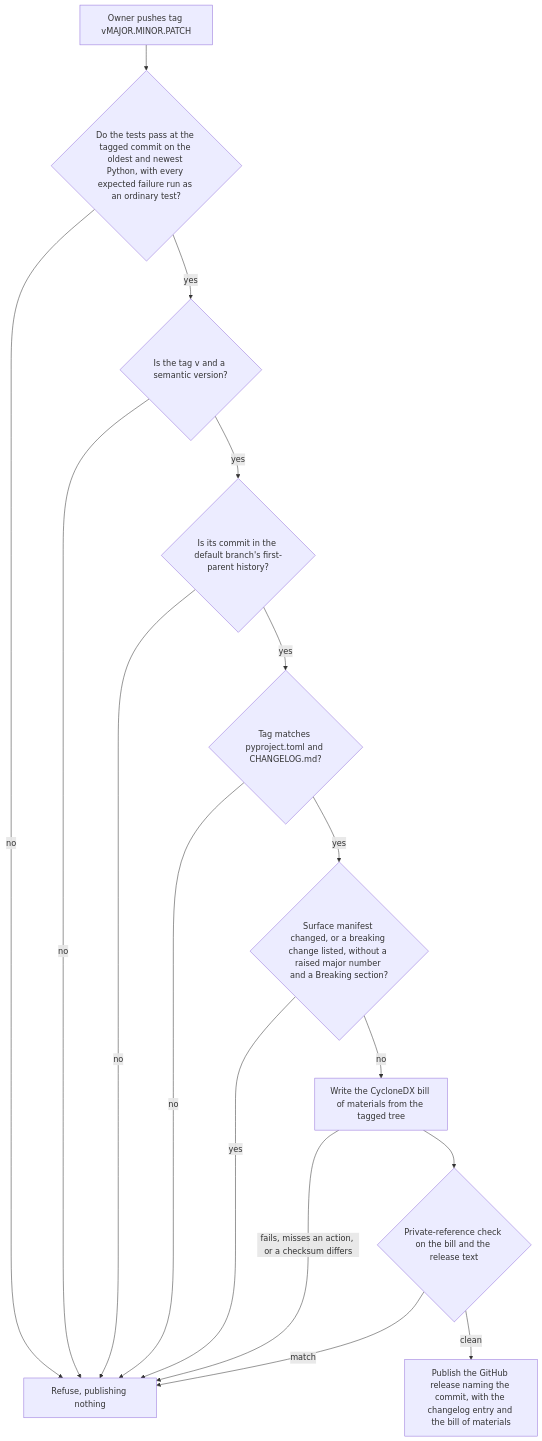
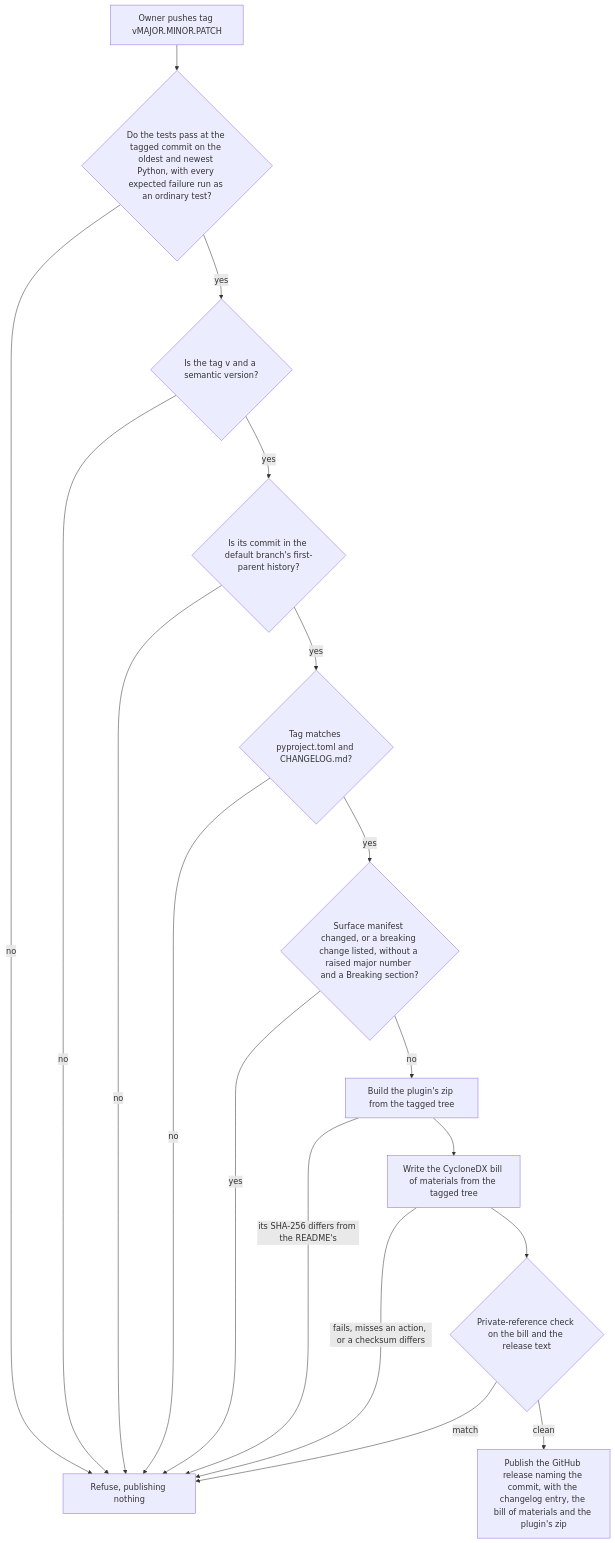
Before and after one commit to niko-kotiniemi-oss/agentic-pr-cost-calculator: the ninth of 9 diagrams in docs/how-it-works.md, drawn with Mermaid. The commit also changed other lines of this file and 37 other files, not shown here.

````diff
--- a/docs/how-it-works.md
+++ b/docs/how-it-works.md
@@ -196,18 +230,20 @@
 ```mermaid
 flowchart TD
   A[Owner pushes tag vMAJOR.MINOR.PATCH] --> Q{Do the tests pass at the tagged commit on the oldest and newest Python, with every expected failure run as an ordinary test?}
   Q -->|no| X[Refuse, publishing nothing]
   Q -->|yes| T{Is the tag v and a semantic version?}
   T -->|no| X
   T -->|yes| B{Is its commit in the default branch's first-parent history?}
   B -->|no| X
   B -->|yes| C{Tag matches pyproject.toml and CHANGELOG.md?}
   C -->|no| X
   C -->|yes| S{Surface manifest changed, or a breaking change listed, without a raised major number and a Breaking section?}
   S -->|yes| X
-  S -->|no| D[Write the CycloneDX bill of materials from the tagged tree]
+  S -->|no| Z[Build the plugin's zip from the tagged tree]
+  Z -->|its SHA-256 differs from the README's| X
+  Z --> D[Write the CycloneDX bill of materials from the tagged tree]
   D -->|fails, misses an action, or a checksum differs| X
   D --> P{Private-reference check on the bill and the release text}
   P -->|match| X
-  P -->|clean| E[Publish the GitHub release naming the commit, with the changelog entry and the bill of materials]
+  P -->|clean| E[Publish the GitHub release naming the commit, with the changelog entry, the bill of materials and the plugin's zip]
 ```
````
